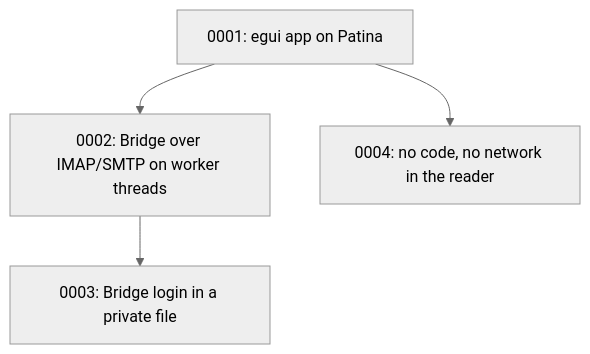
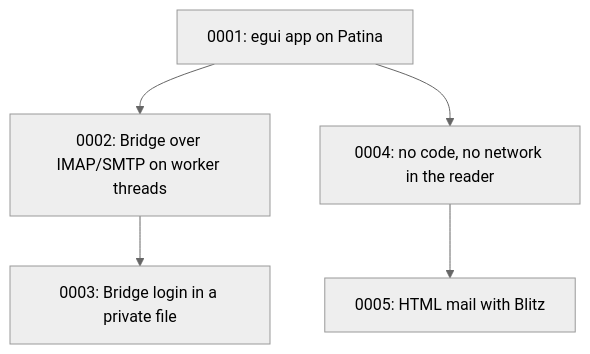
Before and after one commit to Sector-F-Labs/patina-desktop: the diagram in mail/docs/adr/README.md, drawn with Mermaid (neutral theme). The commit also changed other lines of this file and 15 other files, not shown here.

Commit message:
Blitz spike: HTML mail rendered under ADR-0004, findings and ADR-0005 (Proposed)

````diff
--- a/mail/docs/adr/README.md
+++ b/mail/docs/adr/README.md
@@ -52,10 +53,12 @@
 ```mermaid
 flowchart TD
     A[0001: egui app on Patina]
     B[0002: Bridge over IMAP/SMTP on worker threads]
     C[0003: Bridge login in a private file]
     A --> B
     B --> C
     D[0004: no code, no network in the reader]
     A --> D
+    E[0005: HTML mail with Blitz]
+    D --> E
 ```
````
